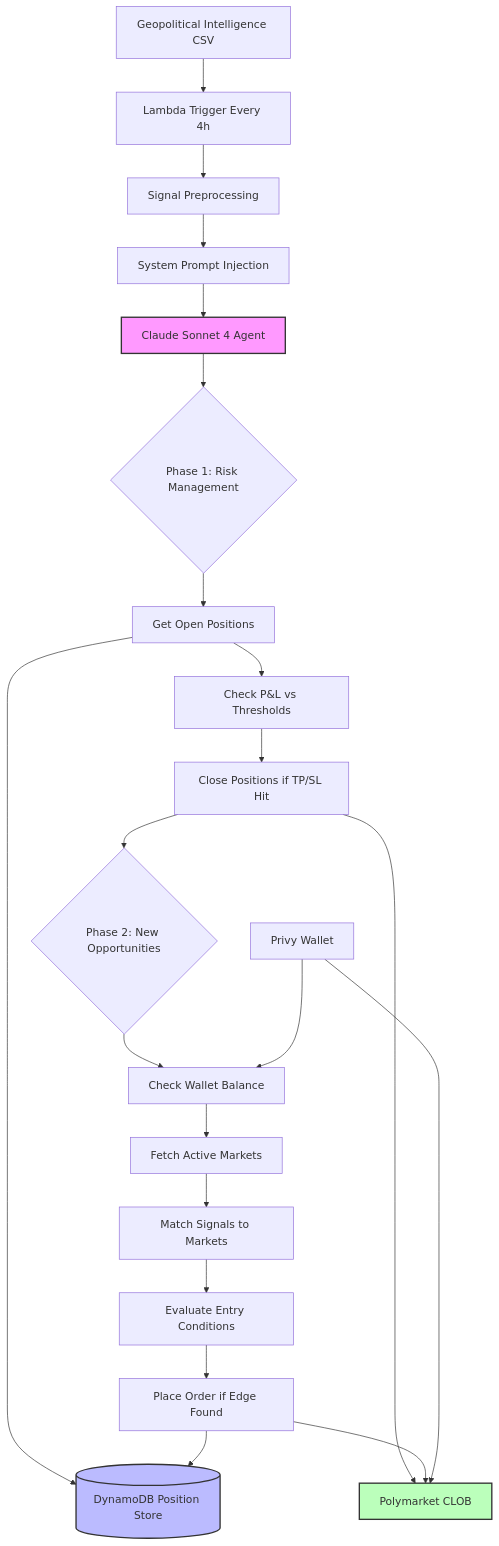
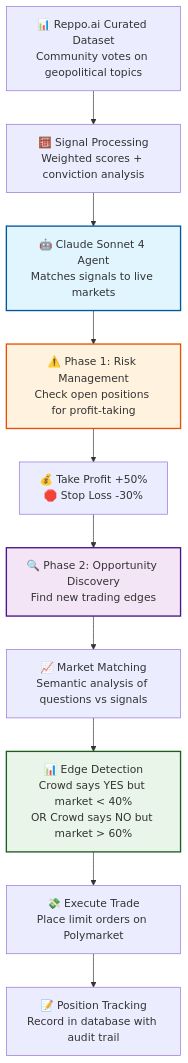
Before and after one commit to Reppo-Labs/reppo-polyagent: the diagram in README.md, drawn with Mermaid. The commit also changed other lines of this file and 2214 other files, not shown here.

First line of the commit message:
Simplify README with cleaner flow diagram and remove Privy references

````diff
--- a/README.md
+++ b/README.md
@@ -18,31 +11,20 @@
 ```mermaid
 flowchart TD
-    A[Geopolitical Intelligence CSV] --> B[Lambda Trigger Every 4h]
-    B --> C[Signal Preprocessing]
-    C --> D[System Prompt Injection]
-    D --> E[Claude Sonnet 4 Agent]
+    A["📊 Reppo.ai Curated Dataset<br/>Community votes on geopolitical topics"] --> B["🧮 Signal Processing<br/>Weighted scores + conviction analysis"]
+    B --> C["🤖 Claude Sonnet 4 Agent<br/>Matches signals to live markets"]
     
-    E --> F{Phase 1: Risk Management}
-    F --> G[Get Open Positions]
-    G --> H[Check P&L vs Thresholds]
-    H --> I[Close Positions if TP/SL Hit]
+    C --> D["⚠️ Phase 1: Risk Management<br/>Check open positions for profit-taking"]
+    D --> E["💰 Take Profit +50%<br/>🛑 Stop Loss -30%"]
+    E --> F["🔍 Phase 2: Opportunity Discovery<br/>Find new trading edges"]
     
-    I --> J{Phase 2: New Opportunities}
-    J --> K[Check Wallet Balance]
-    K --> L[Fetch Active Markets]
-    L --> M[Match Signals to Markets]
-    M --> N[Evaluate Entry Conditions]
-    N --> O[Place Order if Edge Found]
+    F --> G["📈 Market Matching<br/>Semantic analysis of questions vs signals"]
+    G --> H["📊 Edge Detection<br/>Crowd says YES but market < 40%<br/>OR Crowd says NO but market > 60%"]
+    H --> I["💸 Execute Trade<br/>Place limit orders on Polymarket"]
     
-    G --> P[(DynamoDB Position Store)]
-    O --> P
-    I --> Q[Polymarket CLOB]
-    O --> Q
+    I --> J["📝 Position Tracking<br/>Record in database with audit trail"]
     
-    R[Privy Wallet] --> K
-    R --> Q
-    
-    style E fill:#f9f,stroke:#333,stroke-width:2px
-    style P fill:#bbf,stroke:#333,stroke-width:2px
-    style Q fill:#bfb,stroke:#333,stroke-width:2px
+    style C fill:#e1f5fe,stroke:#01579b,stroke-width:2px
+    style D fill:#fff3e0,stroke:#e65100,stroke-width:2px
+    style F fill:#f3e5f5,stroke:#4a148c,stroke-width:2px
+    style H fill:#e8f5e8,stroke:#1b5e20,stroke-width:2px
 ```
````
